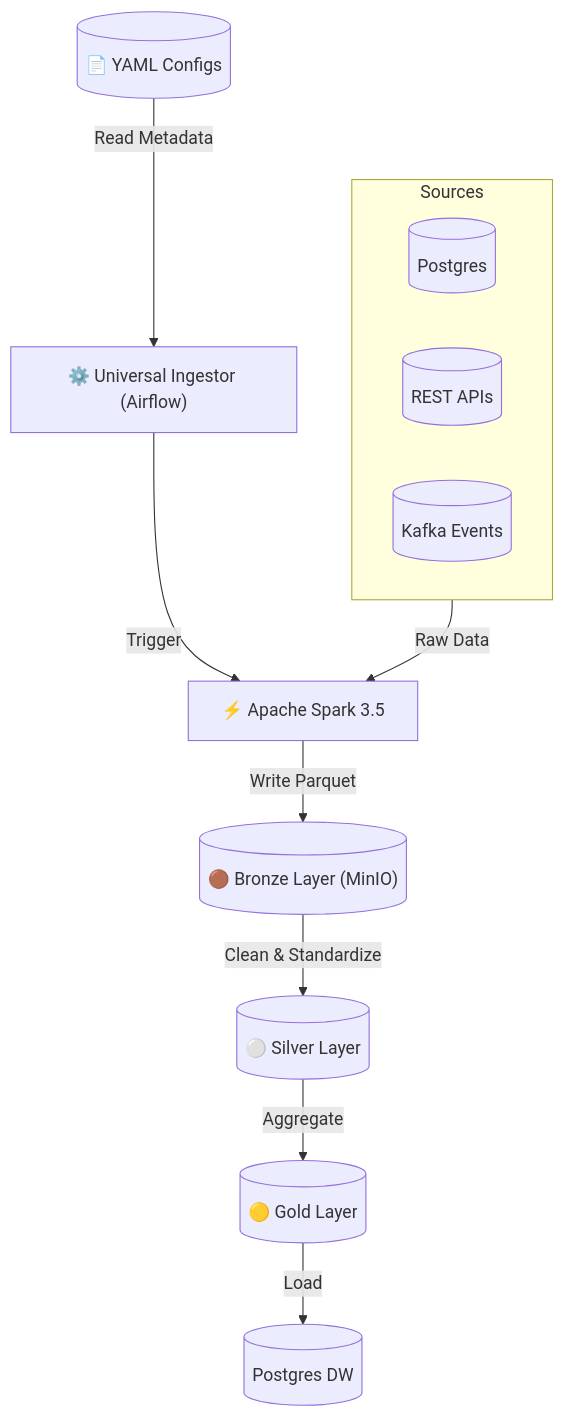
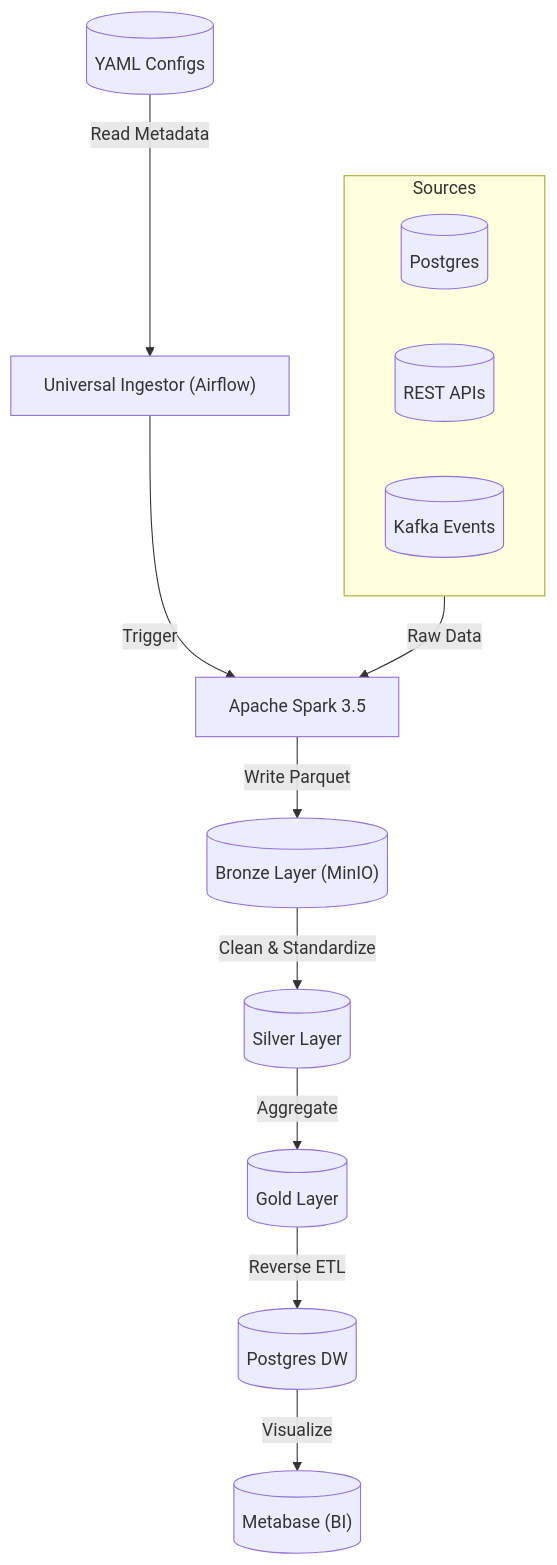
The diagram in README.md (Dokuqui/AtlasFlowData), drawn with Mermaid before and after one commit. The commit also changed other lines of this file and 3 other files, not shown here.

Commit message:
feat: update streaming and BI architecture

````diff
--- a/README.md
+++ b/README.md
@@ -21,20 +21,21 @@
 ```mermaid
 graph TD
-    Config[("📄 YAML Configs")] --> |"Read Metadata"| Ingestor["⚙️ Universal Ingestor (Airflow)"]
+    Config[("YAML Configs")] --> |"Read Metadata"| Ingestor["Universal Ingestor (Airflow)"]
     
     subgraph Sources
         DB[(Postgres)]
         API[("REST APIs")]
         Stream[("Kafka Events")]
     end
 
-    Ingestor --> |"Trigger"| Spark["⚡ Apache Spark 3.5"]
+    Ingestor --> |"Trigger"| Spark["Apache Spark 3.5"]
     
     Sources --> |"Raw Data"| Spark
-    Spark --> |"Write Parquet"| Bronze[("🟤 Bronze Layer (MinIO)")]
+    Spark --> |"Write Parquet"| Bronze[("Bronze Layer (MinIO)")]
     
-    Bronze --> |"Clean & Standardize"| Silver[("⚪ Silver Layer")]
-    Silver --> |"Aggregate"| Gold[("🟡 Gold Layer")]
+    Bronze --> |"Clean & Standardize"| Silver[("Silver Layer")]
+    Silver --> |"Aggregate"| Gold[("Gold Layer")]
     
-    Gold --> |"Load"| Warehouse[(Postgres DW)]
+    Gold --> |"Reverse ETL"| Warehouse[(Postgres DW)]
+    Warehouse --> |"Visualize"| BI[("Metabase (BI)")]
 ```
````
